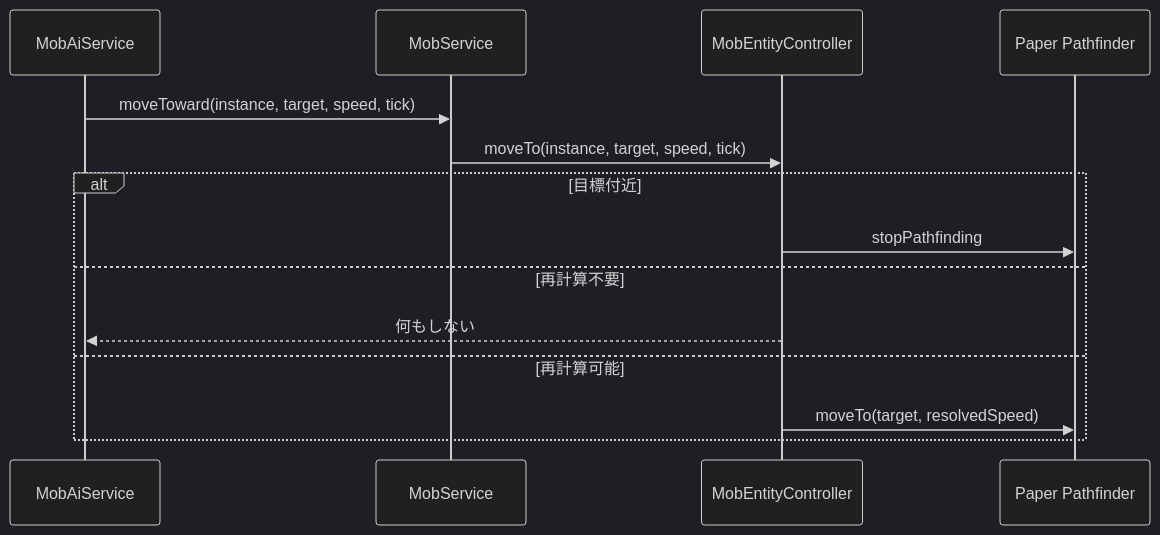
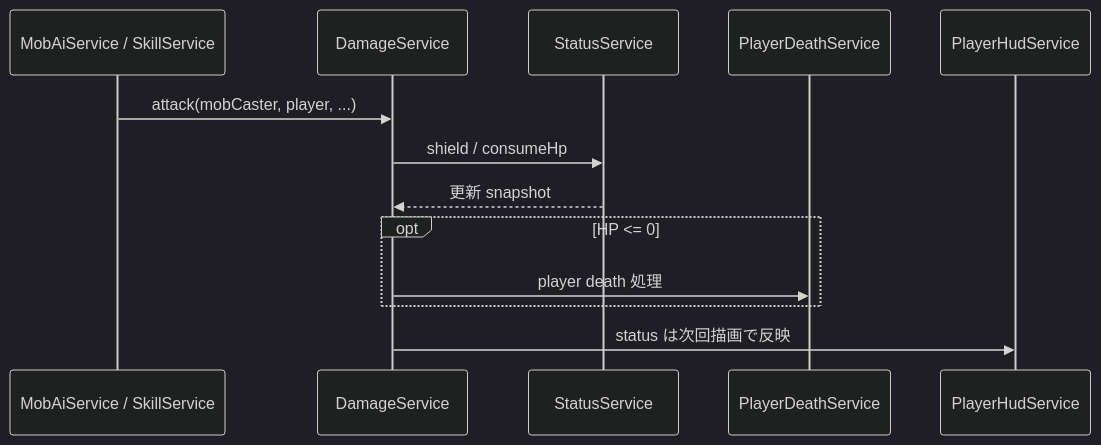
The fourth of 7 diagrams in 00_docs/10_Plugin設計書/feature/12-mob/4-統合フロー/12_4.00-統合フロー.md (maaasu/AstralRecord-Workspace), drawn with Mermaid (dark theme) before and after one commit. The commit also changed other lines of this file and 288 other files, not shown here.

````diff
--- a/00_docs/10_Plugin設計書/feature/12-mob/4-統合フロー/12_4.00-統合フロー.md
+++ b/00_docs/10_Plugin設計書/feature/12-mob/4-統合フロー/12_4.00-統合フロー.md
@@ -69,17 +107,16 @@
 ```mermaid
 sequenceDiagram
-    participant A as MobAiService
-    participant S as MobService
-    participant E as MobEntityController
-    participant P as Paper Pathfinder
+    participant AI as MobAiService / SkillService
+    participant Damage as DamageService
+    participant Status as StatusService
+    participant Death as PlayerDeathService
+    participant HUD as PlayerHudService
 
-    A->>S: moveToward(instance, target, speed, tick)
-    S->>E: moveTo(instance, target, speed, tick)
-    alt 目標付近
-        E->>P: stopPathfinding
-    else 再計算不要
-        E-->>A: 何もしない
-    else 再計算可能
-        E->>P: moveTo(target, resolvedSpeed)
+    AI->>Damage: attack(mobCaster, player, ...)
+    Damage->>Status: shield / consumeHp
+    Status-->>Damage: 更新 snapshot
+    opt HP <= 0
+        Damage->>Death: player death 処理
     end
+    Damage->>HUD: status は次回描画で反映
 ```
````
